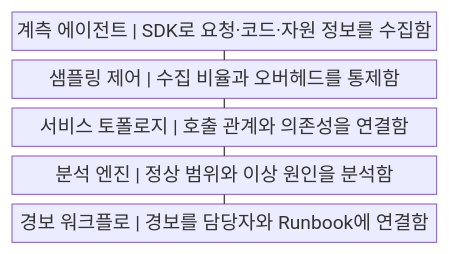
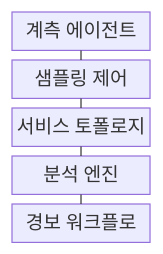
One commit to agnusdei1207/knowledge-base changed the first of 2 diagrams in src/content/docs/notes/03-software/223_application_performance_management.md. Above: the diagram before and after it, drawn with Mermaid. The commit also changed other lines of this file and 238 other files, not shown here.

````diff
--- a/src/content/docs/notes/03-software/223_application_performance_management.md
+++ b/src/content/docs/notes/03-software/223_application_performance_management.md
@@ -56,13 +56,13 @@
 ```mermaid
-block
+block-beta
     columns 1
-    A["계측 에이전트 | SDK로 요청·코드·자원 정보를 수집함"]
-    B["샘플링 제어 | 수집 비율과 오버헤드를 통제함"]
-    C["서비스 토폴로지 | 호출 관계와 의존성을 연결함"]
-    D["분석 엔진 | 정상 범위와 이상 원인을 분석함"]
-    E["경보 워크플로 | 경보를 담당자와 Runbook에 연결함"]
+    A["계측 에이전트"]
+    B["샘플링 제어"]
+    C["서비스 토폴로지"]
+    D["분석 엔진"]
+    E["경보 워크플로"]
     A --- B
     B --- C
     C --- D
     D --- E
 ```
````
